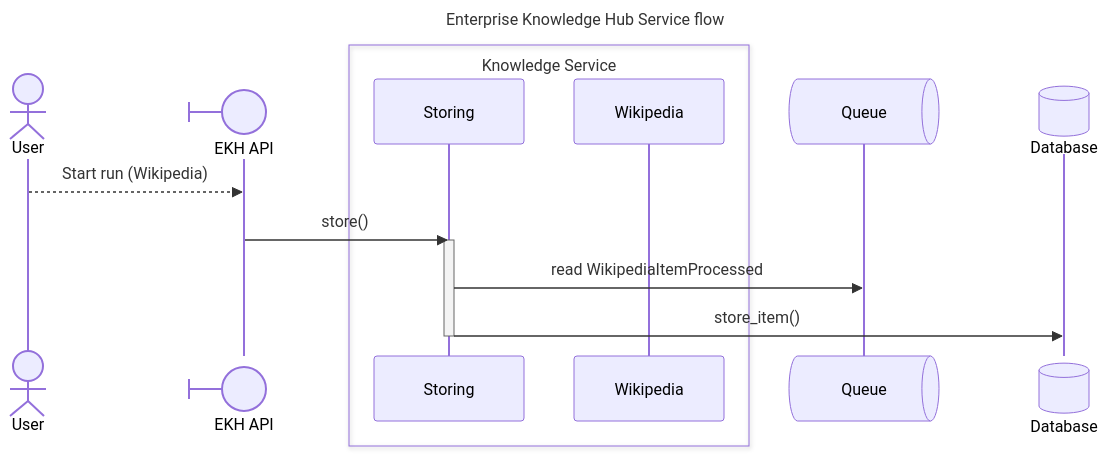
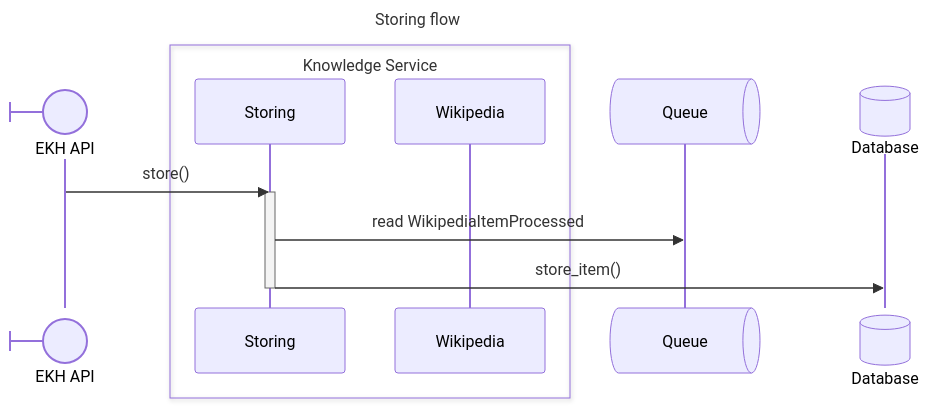
The third of 3 diagrams in docs/mermaid-diagram.md (ssc-dsai/enterprise-knowledge-hub), drawn with Mermaid before and after one commit. The commit also changed other lines of this file, not shown here.

````diff
--- a/docs/mermaid-diagram.md
+++ b/docs/mermaid-diagram.md
@@ -82,24 +78,22 @@
 ```mermaid
 ---
-title: Enterprise Knowledge Hub Service flow
+title: Storing flow
 ---
 sequenceDiagram
-    actor u as User
     participant API@{ "type": "boundary" } as EKH API
-    u-->>API: Start run (Wikipedia)
 
     box Knowledge Service
     participant store as Storing
     participant impl as Wikipedia
     end
 
     participant queue@{ "type" : "queue" } as Queue
 
     participant db@{ "type": "database" } as Database
 
     API->>store: store()
     activate store
     store->>queue: read WikipediaItemProcessed
     store->>db: store_item()
     deactivate store
 ```
````
